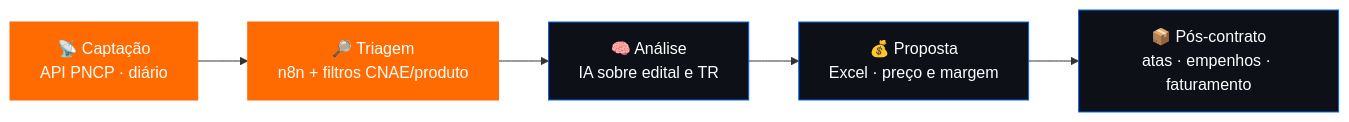
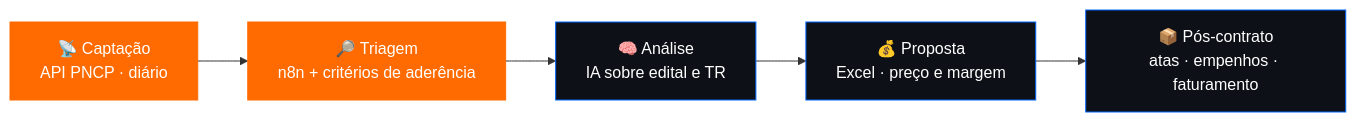
One commit to Max-Martins/Max-Martins changed the diagram in README.md. Above: the diagram before and after it, drawn with Mermaid. The commit also changed other lines of this file, not shown here.

````diff
--- a/README.md
+++ b/README.md
@@ -152,12 +152,12 @@
 ```mermaid
 flowchart LR
-    A["📡 Captação<br/>API PNCP · diário"] --> B["🔎 Triagem<br/>n8n + filtros CNAE/produto"]
+    A["📡 Captação<br/>API PNCP · diário"] --> B["🔎 Triagem<br/>n8n + critérios de aderência"]
     B --> C["🧠 Análise<br/>IA sobre edital e TR"]
     C --> D["💰 Proposta<br/>Excel · preço e margem"]
     D --> E["📦 Pós-contrato<br/>atas · empenhos · faturamento"]
 
     classDef done fill:#ff6b00,stroke:#ff6b00,color:#ffffff
     classDef next fill:#0d1117,stroke:#0066ff,color:#ffffff
     class A,B done
     class C,D,E next
 ```
````
